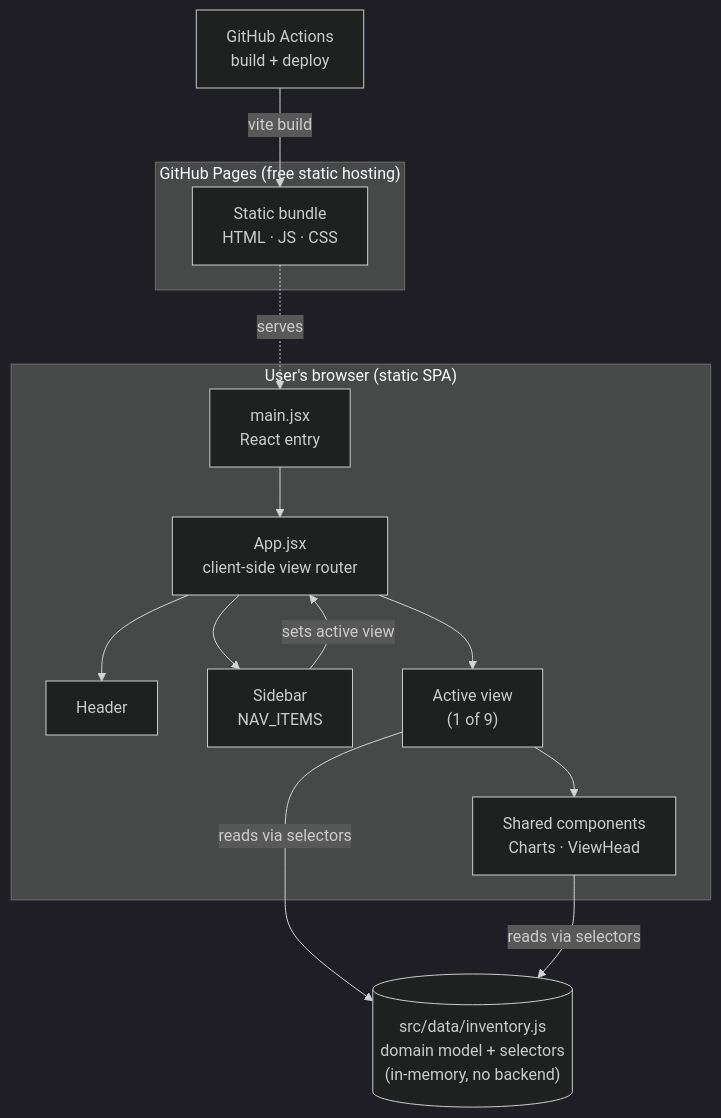
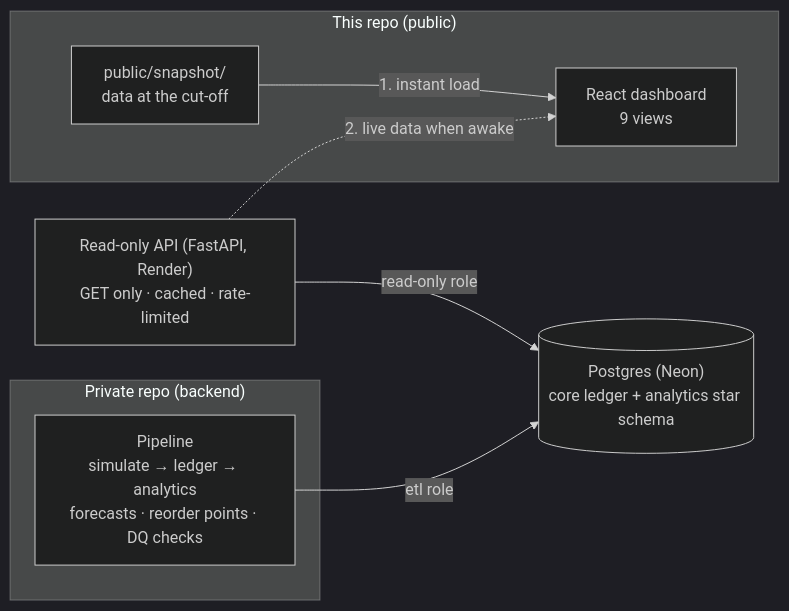
Before and after one commit to avixd/retail-inventory-app: the diagram in README.md, drawn with Mermaid (dark theme). The commit also changed other lines of this file and 48 other files, not shown here.

First line of the commit message:
Serve backend data from a frozen snapshot, harden the site, publish design docs

````diff
--- a/README.md
+++ b/README.md
@@ -48,29 +50,16 @@
 ```mermaid
-flowchart TD
-    subgraph Browser["User's browser (static SPA)"]
-        M["main.jsx<br/>React entry"]
-        A["App.jsx<br/>client-side view router"]
-        H[Header]
-        S["Sidebar<br/>NAV_ITEMS"]
-        V["Active view<br/>(1 of 9)"]
-        C["Shared components<br/>Charts · ViewHead"]
+flowchart LR
+    subgraph Private["Private repo (backend)"]
+        P["Pipeline<br/>simulate → ledger → analytics<br/>forecasts · reorder points · DQ checks"]
     end
-
-    DM[("src/data/inventory.js<br/>domain model + selectors<br/>(in-memory, no backend)")]
-
-    M --> A
-    A --> H
-    A --> S
-    A --> V
-    V --> C
-    V -->|reads via selectors| DM
-    C -->|reads via selectors| DM
-    S -->|sets active view| A
-
-    subgraph Hosting["GitHub Pages (free static hosting)"]
-        CDN["Static bundle<br/>HTML · JS · CSS"]
+    DB[("Postgres (Neon)<br/>core ledger + analytics star schema")]
+    API["Read-only API (FastAPI, Render)<br/>GET only · cached · rate-limited"]
+    subgraph Public["This repo (public)"]
+        Snap["public/snapshot/<br/>data at the cut-off"]
+        UI["React dashboard<br/>9 views"]
     end
-
-    GHA["GitHub Actions<br/>build + deploy"] -->|vite build| CDN
-    CDN -.->|serves| M
+    P -- "etl role" --> DB
+    API -- "read-only role" --> DB
+    Snap -->|"1. instant load"| UI
+    API -.->|"2. live data when awake"| UI
 ```
````
